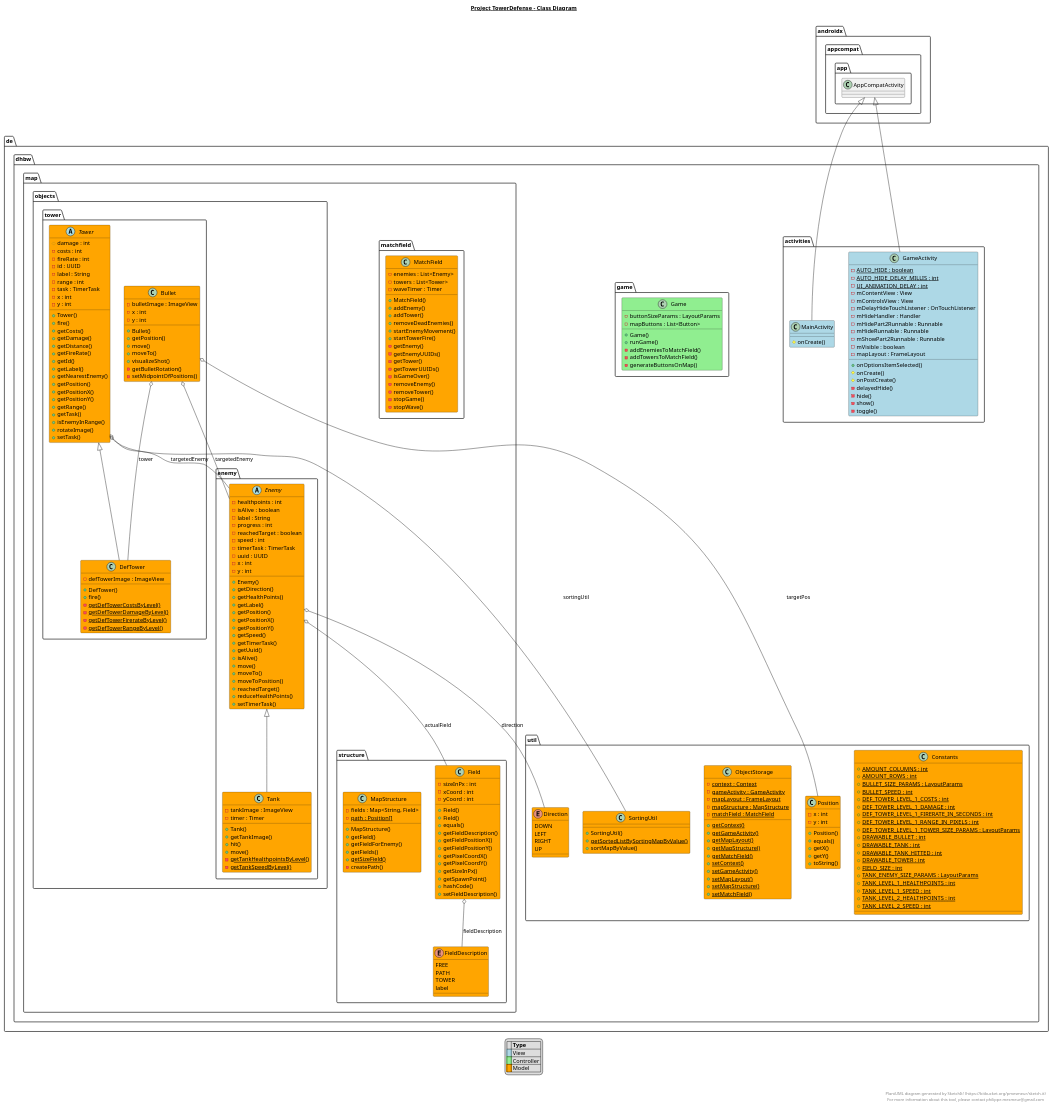
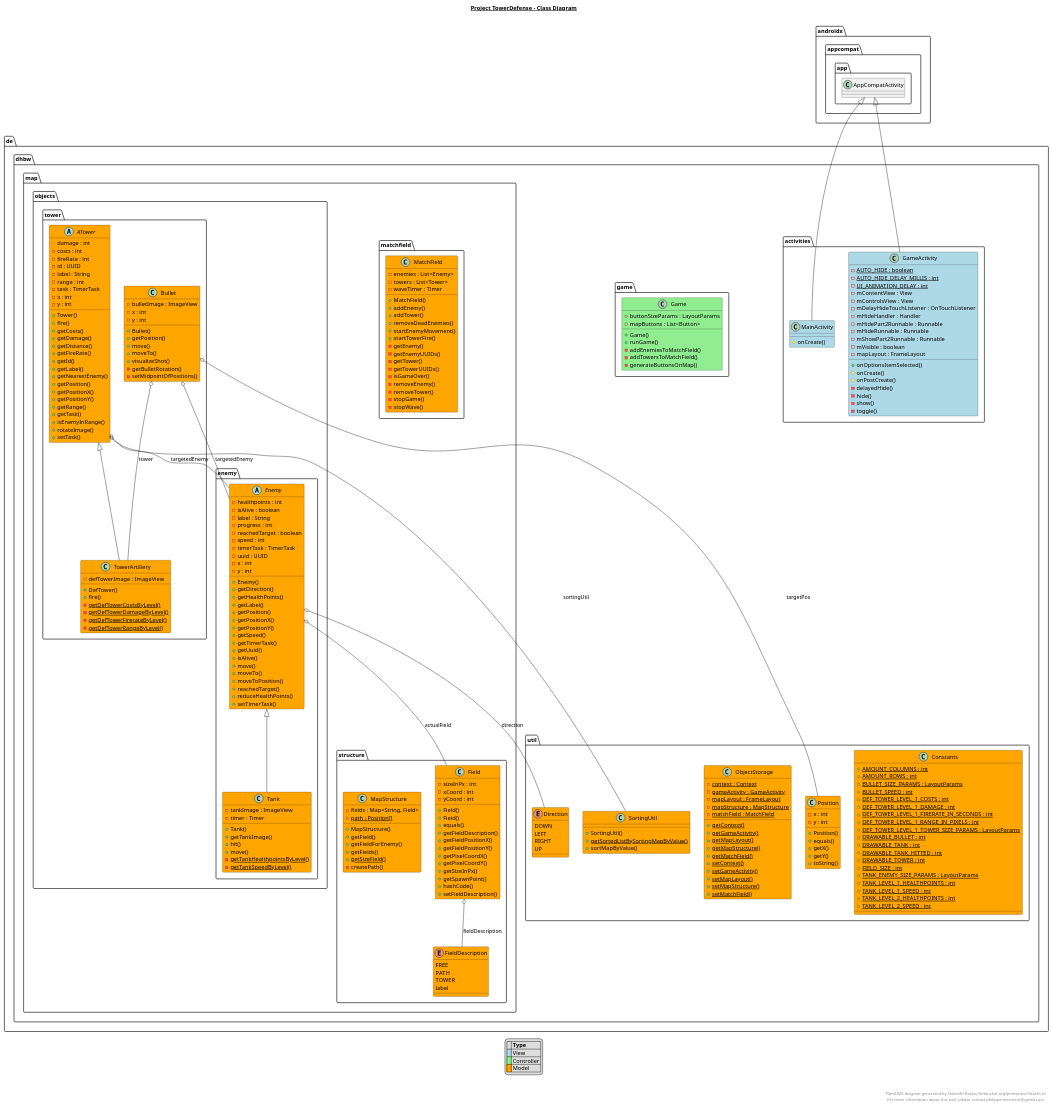
One commit to niwa99/Tower-Defense changed the diagram in app/app.plantuml. Above: the diagram before and after it, drawn with PlantUML. The commit also changed 13 other files, not shown here.

Commit message:
[DHTD-81] Implemented tower boombastic (bomb only attacks one enemy)

```diff
--- a/app/app.plantuml
+++ b/app/app.plantuml
@@ -126,7 +126,7 @@
             - setMidpointOfPositions()
           }
 
-          class de.dhbw.map.objects.tower.DefTower #orange {
+          class de.dhbw.map.objects.tower.TowerArtillery #orange {
             - defTowerImage : ImageView
             + DefTower()
             + fire()
@@ -136,7 +136,7 @@
             {static} - getDefTowerRangeByLevel()
           }
 
-          abstract class de.dhbw.map.objects.tower.Tower #orange {
+          abstract class de.dhbw.map.objects.tower.ATower #orange {
             # damage : int
             - costs : int
             - fireRate : int
@@ -287,10 +287,10 @@
   de.dhbw.map.objects.enemy.Tank -up-|> de.dhbw.map.objects.enemy.Enemy
   de.dhbw.map.objects.tower.Bullet o-- de.dhbw.util.Position : targetPos
   de.dhbw.map.objects.tower.Bullet o-- de.dhbw.map.objects.enemy.Enemy : targetedEnemy
-  de.dhbw.map.objects.tower.Bullet o-- de.dhbw.map.objects.tower.DefTower : tower
-  de.dhbw.map.objects.tower.DefTower -up-|> de.dhbw.map.objects.tower.Tower
-  de.dhbw.map.objects.tower.Tower o-- de.dhbw.map.objects.enemy.Enemy : targetedEnemy
-  de.dhbw.map.objects.tower.Tower o-- de.dhbw.util.SortingUtil : sortingUtil
+  de.dhbw.map.objects.tower.Bullet o-- de.dhbw.map.objects.tower.TowerArtillery : tower
+  de.dhbw.map.objects.tower.TowerArtillery -up-|> de.dhbw.map.objects.tower.ATower
+  de.dhbw.map.objects.tower.ATower o-- de.dhbw.map.objects.enemy.Enemy : targetedEnemy
+  de.dhbw.map.objects.tower.ATower o-- de.dhbw.util.SortingUtil : sortingUtil
   de.dhbw.map.structure.Field o-- de.dhbw.map.structure.FieldDescription : fieldDescription
 
 
```
